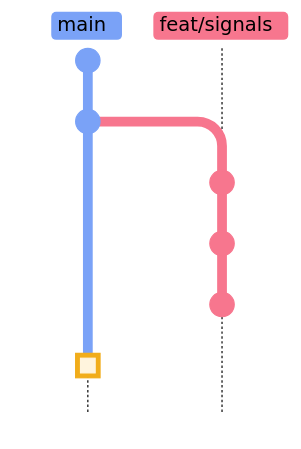
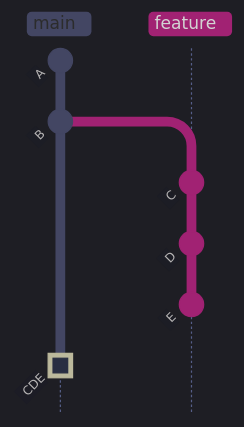
One commit to alp78/elysium changed the second of 6 diagrams in content/08-Git/06-pull-requests-and-code-review.md. Above: the diagram before and after it, drawn with Mermaid. The commit also changed other lines of this file, not shown here.

````diff
--- a/content/08-Git/06-pull-requests-and-code-review.md
+++ b/content/08-Git/06-pull-requests-and-code-review.md
@@ -139,12 +500,23 @@
 ```mermaid
-%%{init: {'theme': 'base', 'themeVariables': {'git0': '#7aa2f7', 'git1': '#f7768e', 'git2': '#9ece6a', 'git3': '#e0af68', 'git4': '#bb9af7', 'gitBranchLabel0': '#000000', 'gitBranchLabel1': '#000000', 'gitBranchLabel2': '#000000', 'gitBranchLabel3': '#000000', 'commitLabelColor': '#ffffff', 'commitLabelBackground': 'transparent', 'commitLabelFontSize': '14px', 'tagLabelColor': '#000000', 'tagLabelBackground': '#c0caf5'}, 'gitGraph': {'mainBranchName': 'main'}} }%%
+%%{init: {'theme': 'dark', 'themeVariables': {
+  'primaryColor': '#292e42',
+  'primaryTextColor': '#c0caf5',
+  'primaryBorderColor': '#565f89',
+  'lineColor': '#565f89',
+  'secondaryColor': '#1a1b26',
+  'tertiaryColor': '#24283b',
+  'noteTextColor': '#c0caf5',
+  'noteBkgColor': '#292e42',
+  'textColor': '#c0caf5',
+  'fontSize': '14px'
+}, 'gitGraph': {'mainBranchName': 'main'}}}%%
 gitGraph TB:
   commit id: "A"
   commit id: "B"
-  branch feat/signals
+  branch feature
   commit id: "C"
   commit id: "D"
   commit id: "E"
   checkout main
-  commit id: "C+D+E" type: HIGHLIGHT
+  commit id: "CDE" type: HIGHLIGHT
 ```
````
